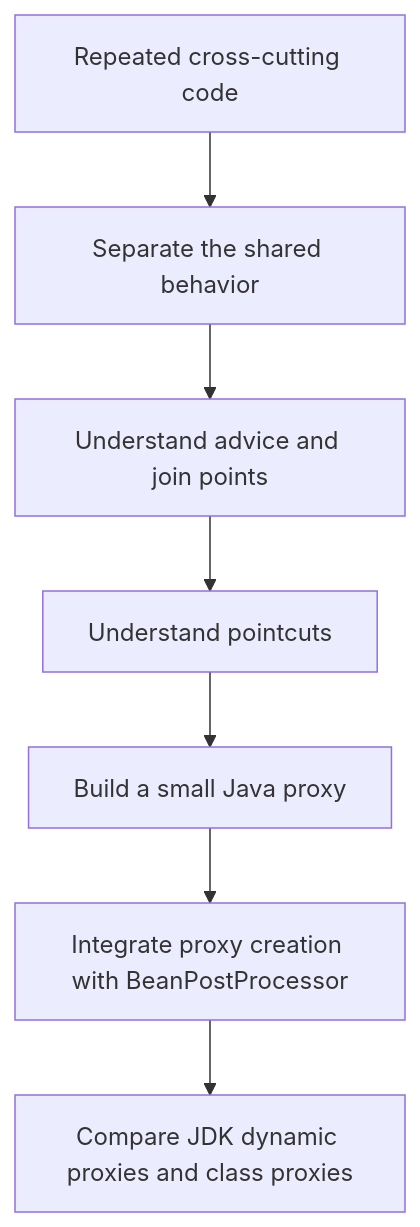
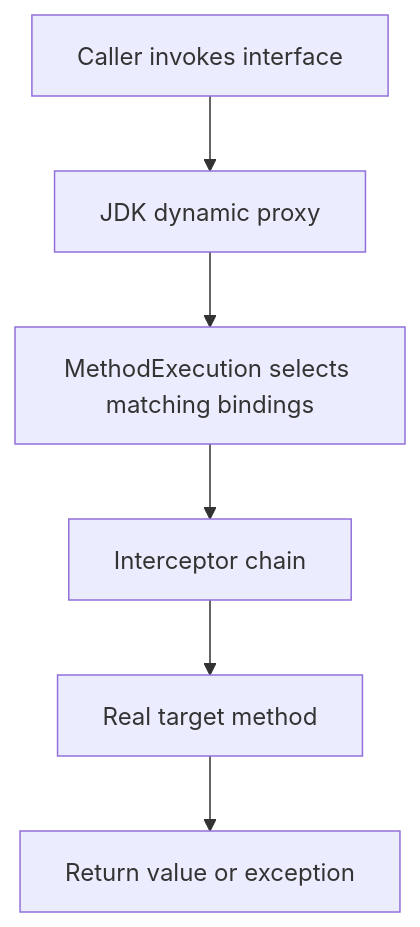
Before and after one commit to meetanuragyadav/mini-spring-container: the seventh of 7 diagrams in MINISPRING_INTERNALS.md, drawn with Mermaid. The commit also changed other lines of this file and 29 other files, not shown here.

````diff
--- a/MINISPRING_INTERNALS.md
+++ b/MINISPRING_INTERNALS.md
@@ -537,9 +533,8 @@
 ```mermaid
 flowchart TD
-    A[Repeated cross-cutting code] --> B[Separate the shared behavior]
-    B --> C[Understand advice and join points]
-    C --> D[Understand pointcuts]
-    D --> E[Build a small Java proxy]
-    E --> F[Integrate proxy creation with BeanPostProcessor]
-    F --> G[Compare JDK dynamic proxies and class proxies]
+    A[Caller invokes interface] --> B[JDK dynamic proxy]
+    B --> C[MethodExecution selects matching bindings]
+    C --> D[Interceptor chain]
+    D --> E[Real target method]
+    E --> F[Return value or exception]
 ```
````
